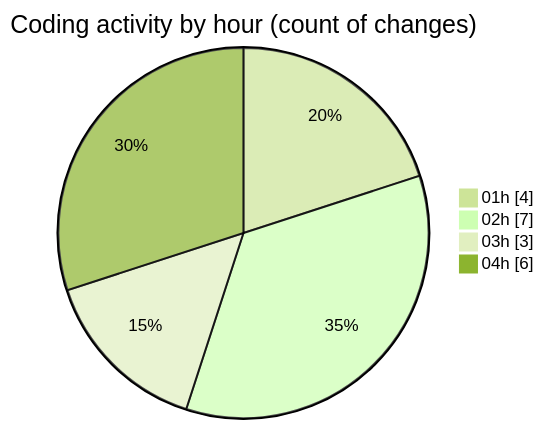
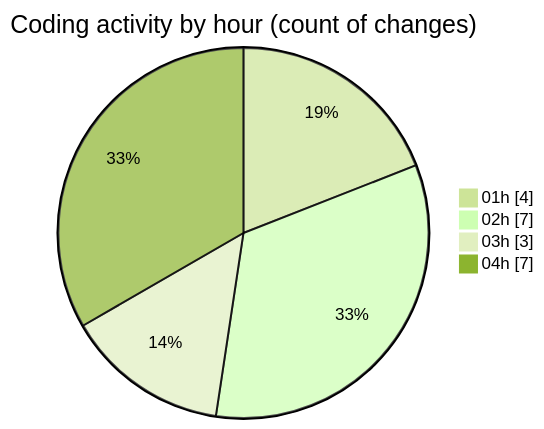
Before and after one commit to jrari/code-tracking: the second of 2 diagrams in 2025-07-15/telebot/README.md, drawn with Mermaid (forest theme). The commit also changed other lines of this file and 1 other file, not shown here.

````diff
--- a/2025-07-15/telebot/README.md
+++ b/2025-07-15/telebot/README.md
@@ -33,8 +33,8 @@
 ```mermaid
 pie showData
 title Coding activity by hour (count of changes)
 "01h" : 4
 "02h" : 7
 "03h" : 3
-"04h" : 6
+"04h" : 7
 ```
````
